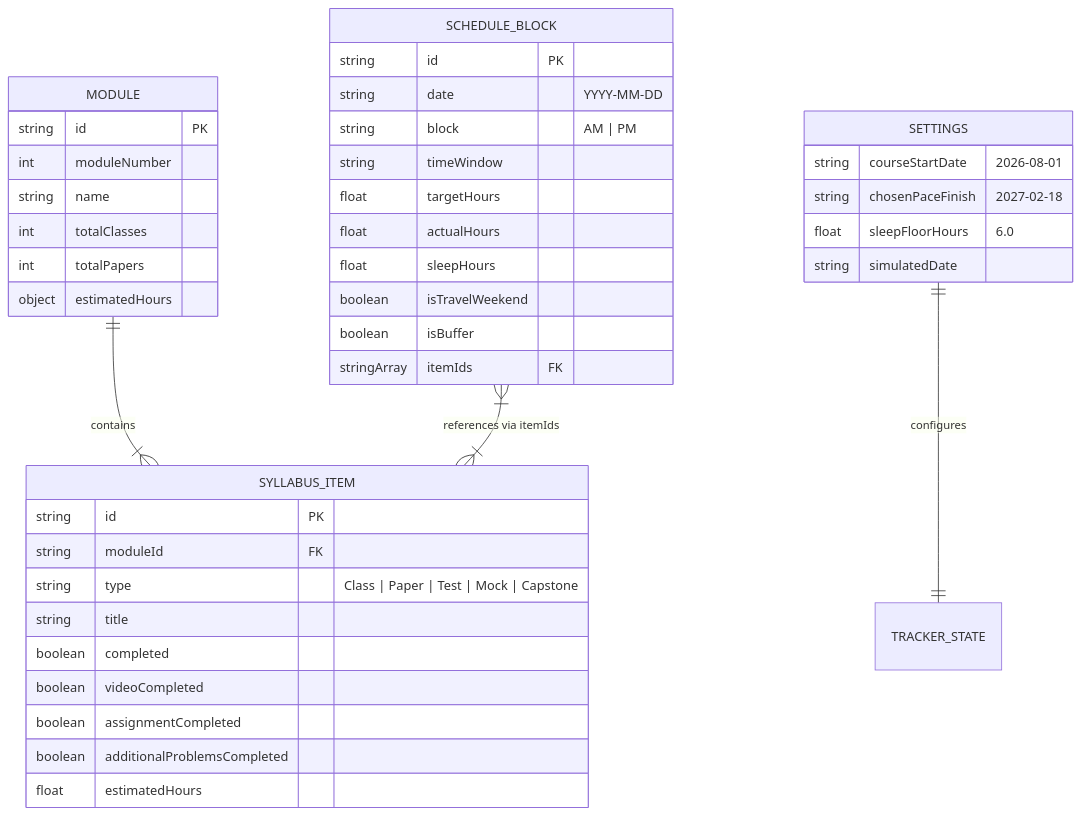
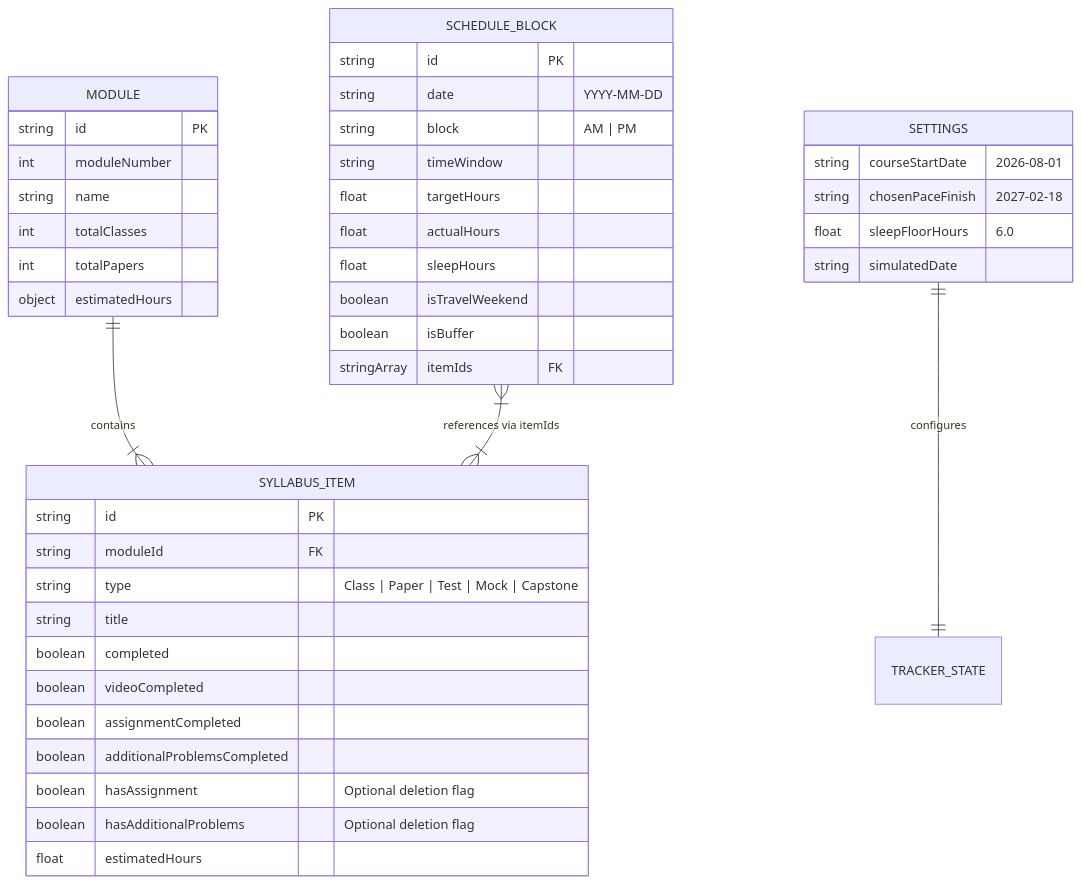
One commit to Abarajithan-Selvaraj/scaler-aiml-tracker changed the third of 3 diagrams in README.md. Above: the diagram before and after it, drawn with Mermaid. The commit also changed other lines of this file, not shown here.

Commit message:
docs: update README with auto-appended study hours, chip deletion/restoration, sleep preset pills, and 113 unit tests

````diff
--- a/README.md
+++ b/README.md
@@ -94,47 +96,49 @@
 ```mermaid
 erDiagram
     MODULE ||--|{ SYLLABUS_ITEM : "contains"
     SCHEDULE_BLOCK }|--|{ SYLLABUS_ITEM : "references via itemIds"
     SETTINGS ||--|| TRACKER_STATE : "configures"
 
     MODULE {
         string id PK
         int moduleNumber
         string name
         int totalClasses
         int totalPapers
         object estimatedHours
     }
 
     SYLLABUS_ITEM {
         string id PK
         string moduleId FK
         string type "Class | Paper | Test | Mock | Capstone"
         string title
         boolean completed
         boolean videoCompleted
         boolean assignmentCompleted
         boolean additionalProblemsCompleted
+        boolean hasAssignment "Optional deletion flag"
+        boolean hasAdditionalProblems "Optional deletion flag"
         float estimatedHours
     }
 
     SCHEDULE_BLOCK {
         string id PK
         string date "YYYY-MM-DD"
         string block "AM | PM"
         string timeWindow
         float targetHours
         float actualHours
         float sleepHours
         boolean isTravelWeekend
         boolean isBuffer
         stringArray itemIds FK
     }
 
     SETTINGS {
         string courseStartDate "2026-08-01"
         string chosenPaceFinish "2027-02-18"
         float sleepFloorHours "6.0"
         string simulatedDate
     }
 ```
````
